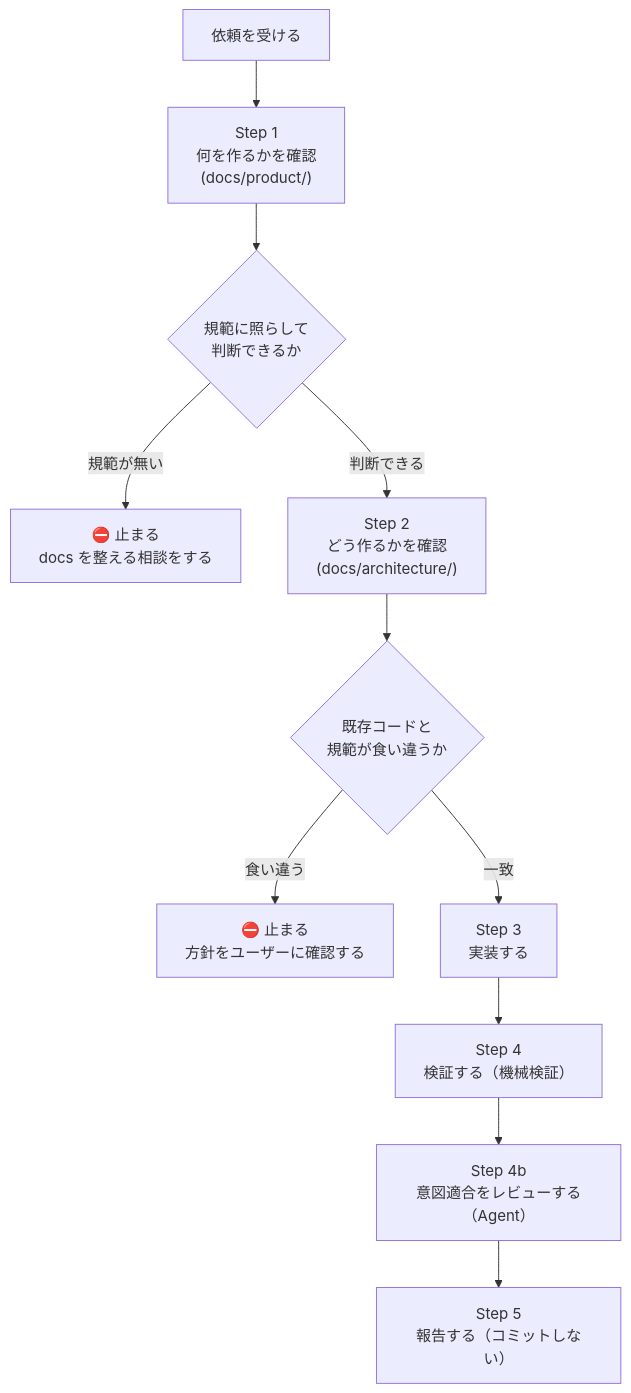
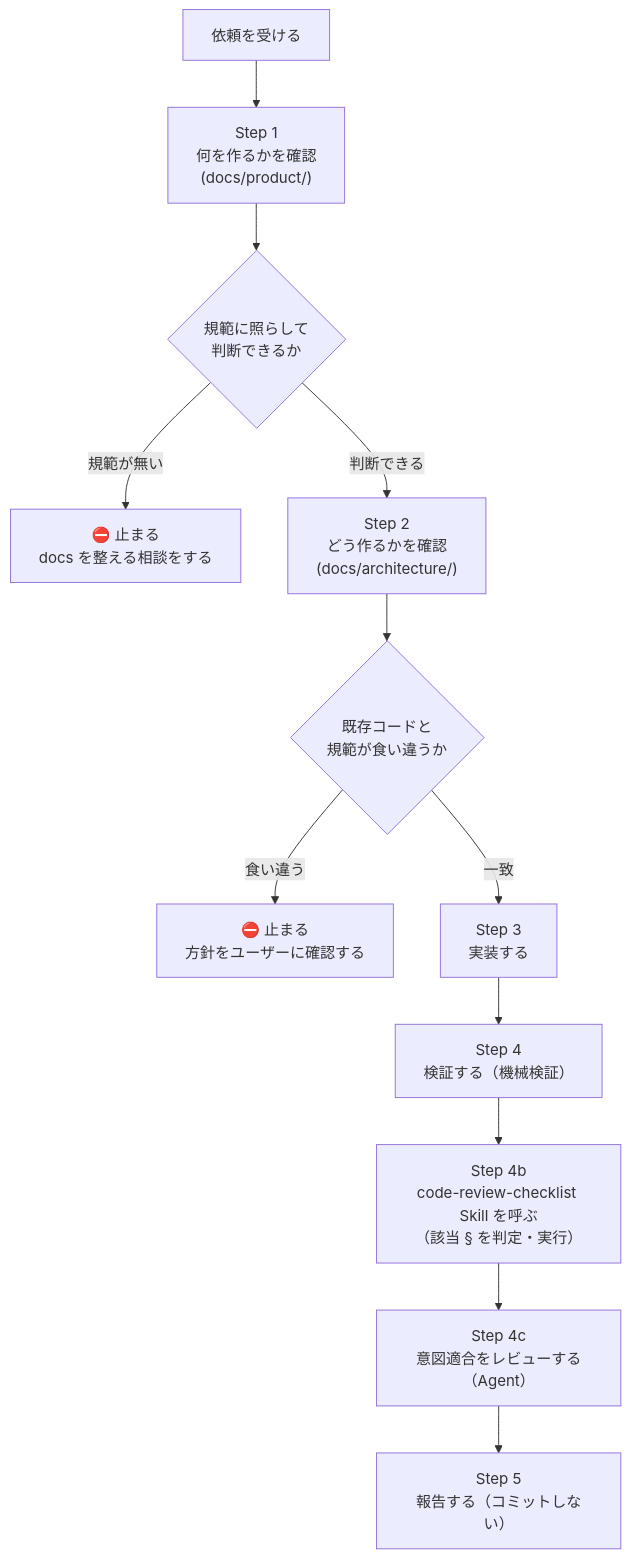
One commit to hirayamahiroto/beatSinkCentral changed the diagram in .claude/skills/frontend-feature/SKILL.md. Above: the diagram before and after it, drawn with Mermaid. The commit also changed other lines of this file and 20 other files, not shown here.

First line of the commit message:
chore(claude): code-review-checklist を .claude/rules から Skill へ移し、実装 Skill の Step 4b で必ず呼ぶ

````diff
--- a/.claude/skills/frontend-feature/SKILL.md
+++ b/.claude/skills/frontend-feature/SKILL.md
@@ -65,13 +66,14 @@
 ```mermaid
 flowchart TD
     S["依頼を受ける"] --> S1["Step 1<br/>何を作るかを確認<br/>(docs/product/)"]
     S1 --> Q1{"規範に照らして<br/>判断できるか"}
     Q1 -->|"規範が無い"| STOP1["⛔ 止まる<br/>docs を整える相談をする"]
     Q1 -->|"判断できる"| S2["Step 2<br/>どう作るかを確認<br/>(docs/architecture/)"]
     S2 --> Q2{"既存コードと<br/>規範が食い違うか"}
     Q2 -->|"食い違う"| STOP2["⛔ 止まる<br/>方針をユーザーに確認する"]
     Q2 -->|"一致"| S3["Step 3<br/>実装する"]
     S3 --> S4["Step 4<br/>検証する（機械検証）"]
-    S4 --> S4b["Step 4b<br/>意図適合をレビューする（Agent）"]
-    S4b --> S5["Step 5<br/>報告する（コミットしない）"]
+    S4 --> S4b["Step 4b<br/>code-review-checklist Skill を呼ぶ<br/>（該当 § を判定・実行）"]
+    S4b --> S4c["Step 4c<br/>意図適合をレビューする（Agent）"]
+    S4c --> S5["Step 5<br/>報告する（コミットしない）"]
 ```
````
